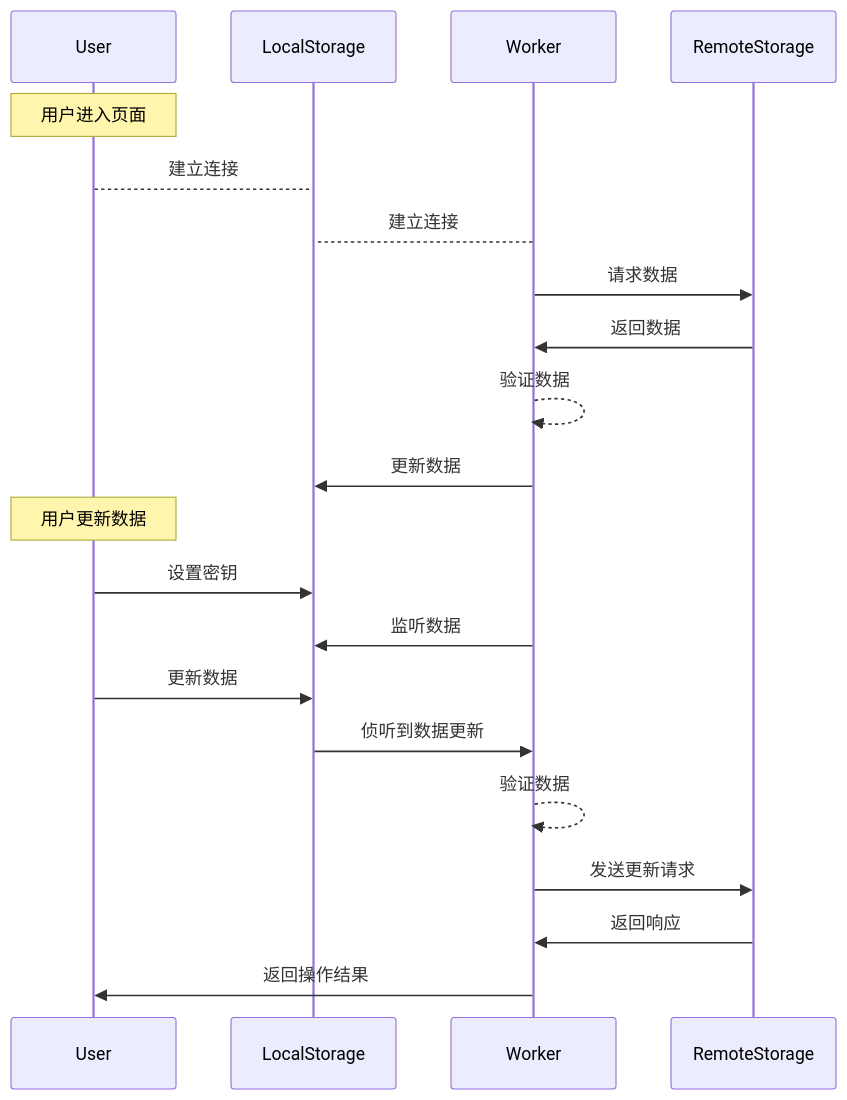
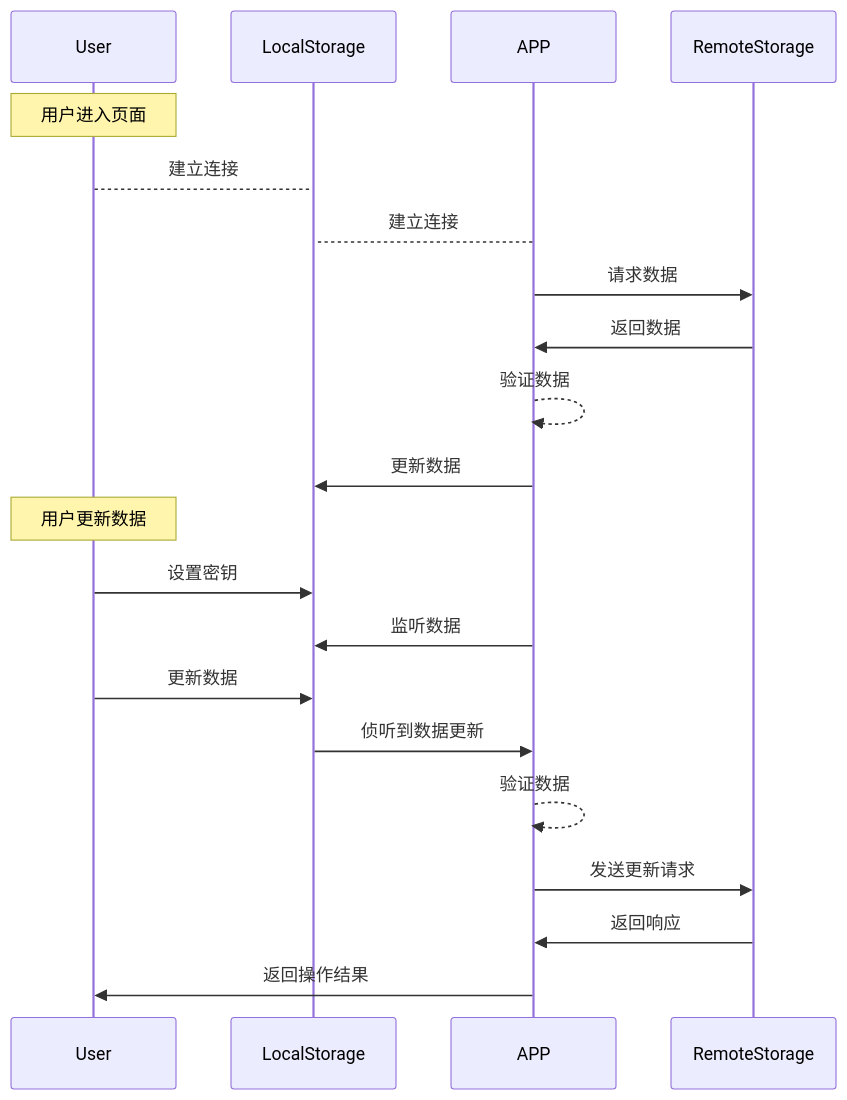
The diagram in docs/mermaid.md (MoeyuaLabs/Hachi), drawn with Mermaid before and after one commit. The commit also changed 2 other files, not shown here.

Commit message:
🦄 refactor: request data

````diff
--- a/docs/mermaid.md
+++ b/docs/mermaid.md
@@ -1,27 +1,27 @@
 ```mermaid
 sequenceDiagram
     participant U as User
     participant LS as LocalStorage
-    participant W as Worker
+    participant W as APP
     participant RS as RemoteStorage
 
     Note over U: 用户进入页面
     U-->LS: 建立连接
     W-->LS: 建立连接
 
     W->>RS: 请求数据
     RS->>W: 返回数据
     W-->>W: 验证数据
     W->>LS: 更新数据
 
     Note over U: 用户更新数据
     U->>LS: 设置密钥
     W->>LS: 监听数据
 
     U->>LS: 更新数据
     LS->>W: 侦听到数据更新
     W-->>W: 验证数据
     W->>RS: 发送更新请求
     RS->>W: 返回响应
     W->>U: 返回操作结果
 ```
````
